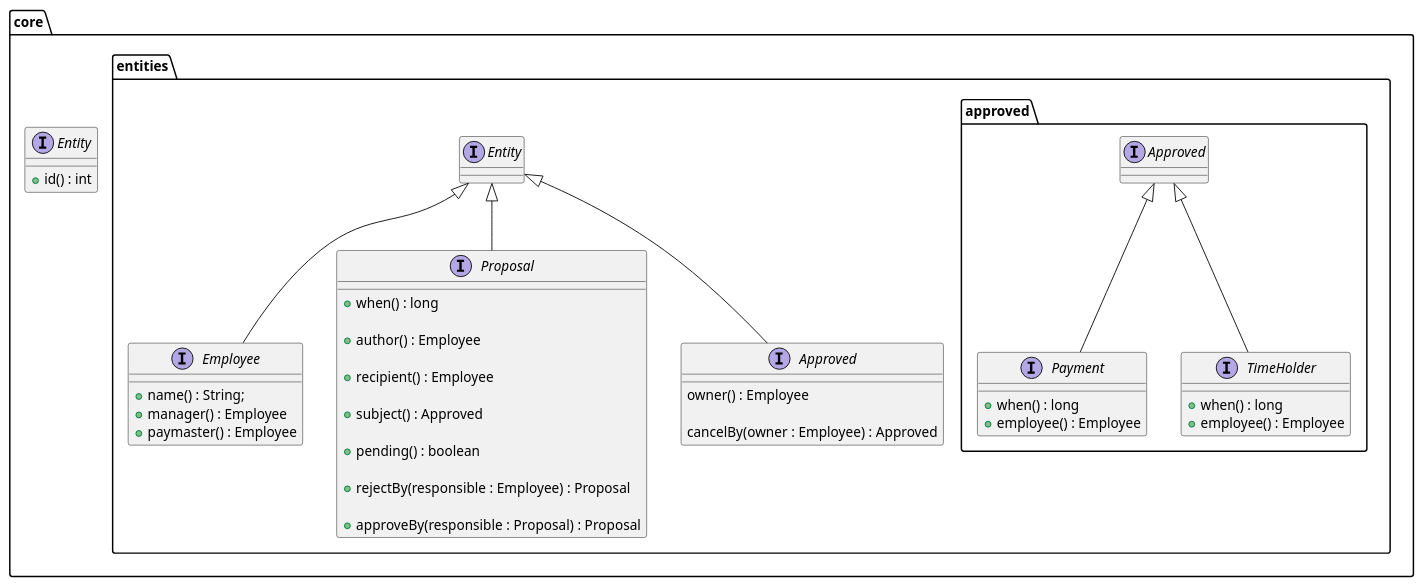
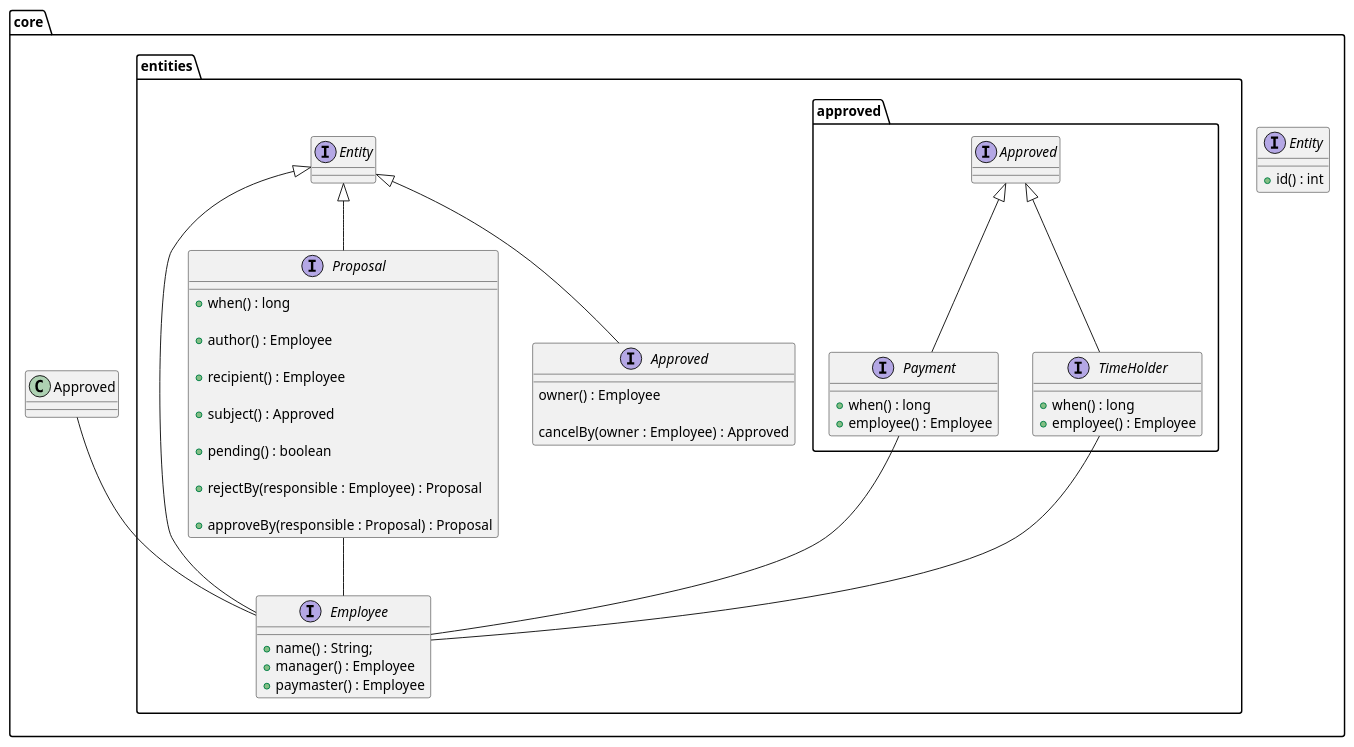
The diagram in diagrams/classes/domain.puml (JohnKhandygo/employee-managment), drawn with PlantUML before and after one commit.

Commit message:
#9 update domain class diagram.

```diff
--- a/diagrams/classes/domain.puml
+++ b/diagrams/classes/domain.puml
@@ -1,53 +1,58 @@
 @startuml
 
 package "core" {
 
   interface Entity {
     + id() : int
   }
 
   package "entities" {
 
   interface Employee extends Entity {
     + name() : String;
     + manager() : Employee
     + paymaster() : Employee
   }
 
   interface Proposal extends Entity {
     + when() : long
 
     + author() : Employee
 
     + recipient() : Employee
 
     + subject() : Approved
 
     + pending() : boolean
 
     + rejectBy(responsible : Employee) : Proposal
 
     + approveBy(responsible : Proposal) : Proposal
   }
 
   interface Approved extends Entity {
     owner() : Employee
 
     cancelBy(owner : Employee) : Approved
   }
 
   package "approved" {
 
     interface Payment extends Approved {
       + when() : long
       + employee() : Employee
     }
 
     interface TimeHolder extends Approved{
       + when() : long
       + employee() : Employee
     }
   }
 }
 
+Proposal -- Employee
+Approved -- Employee
+TimeHolder -- Employee
+Payment-- Employee
+
 @enduml
```
